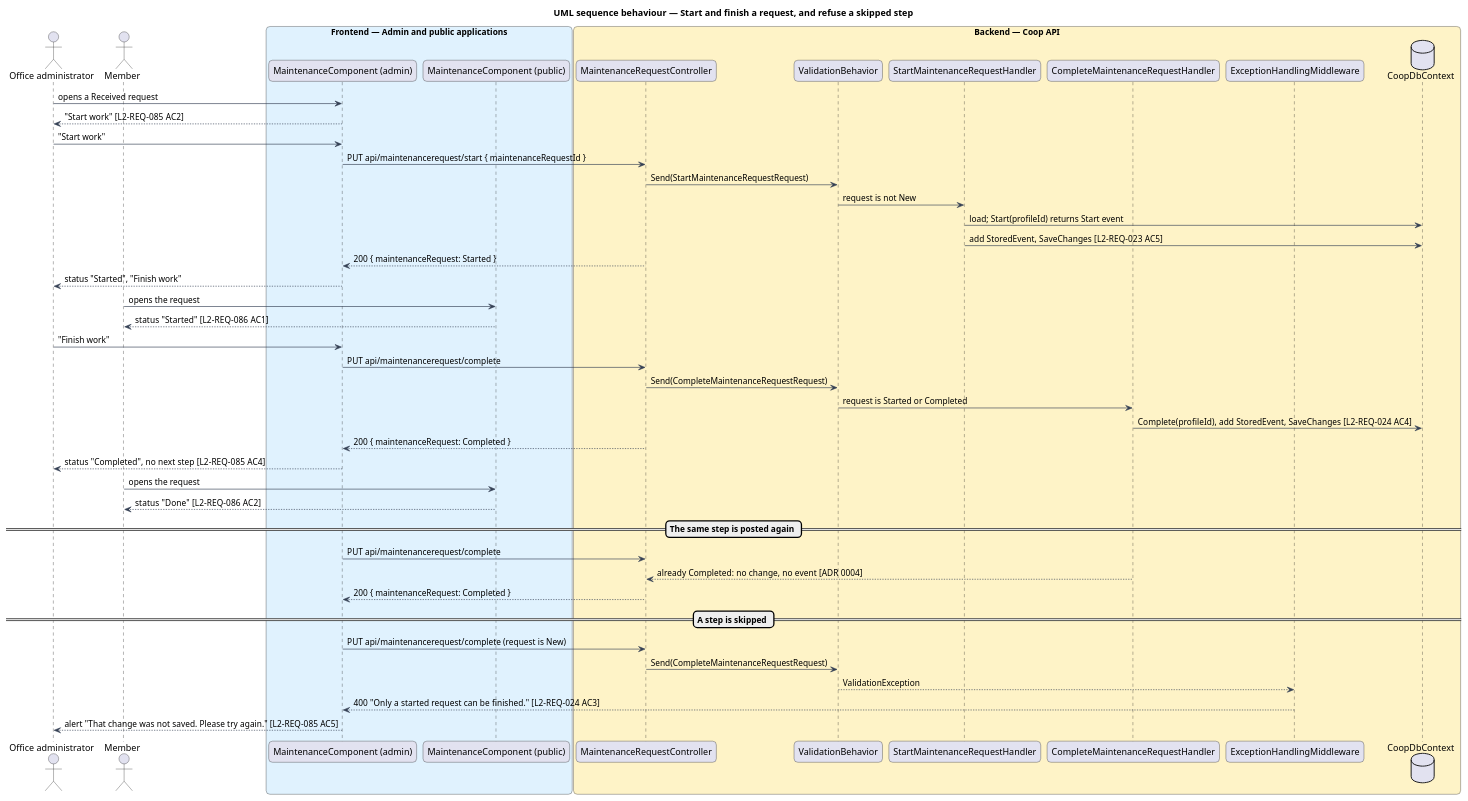
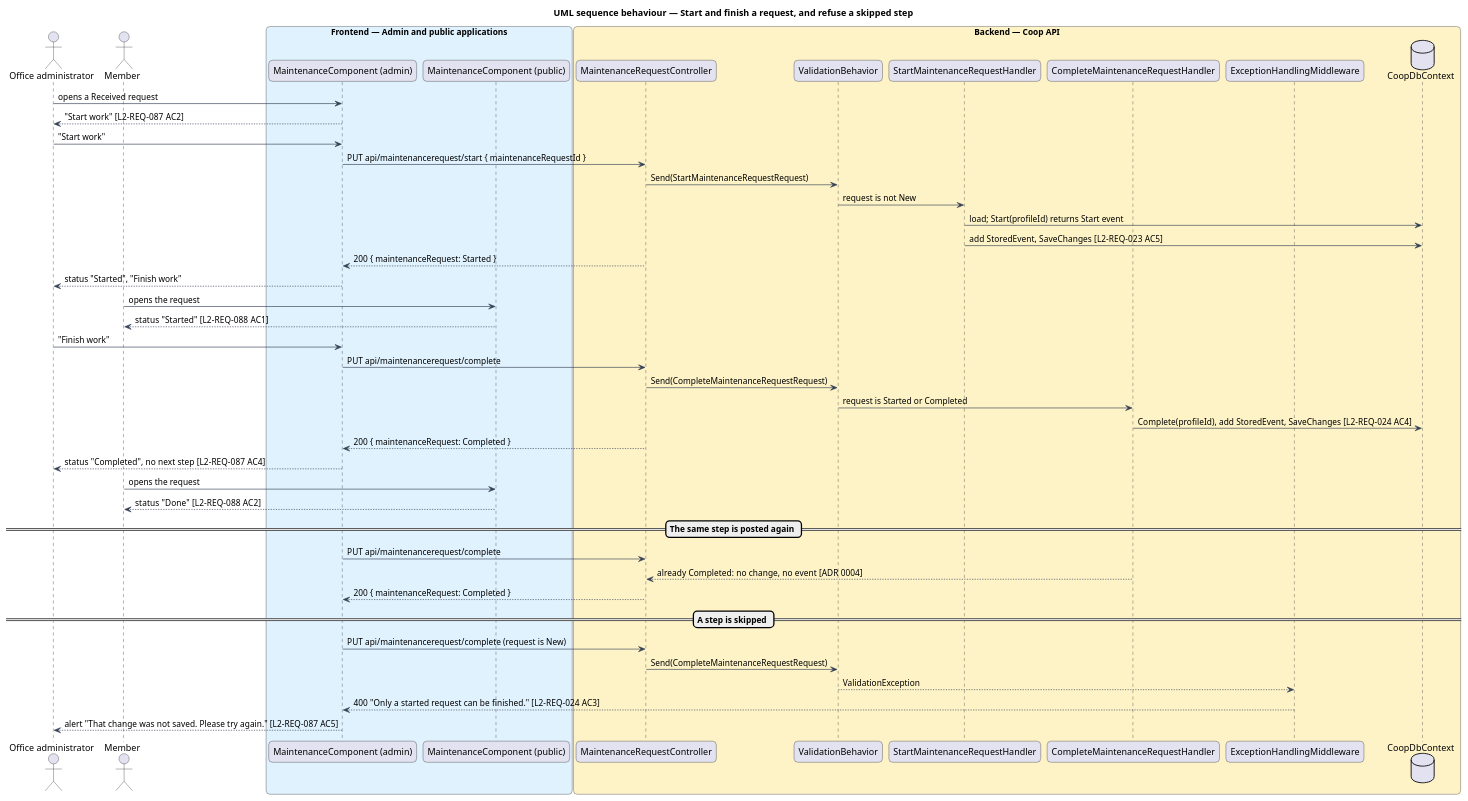
One commit to QuinntyneBrown/Coop changed the diagram in docs/detailed-designs/admin-app/progress-maintenance-request/diagrams/sequence-start-and-finish.puml. Above: the diagram before and after it, drawn with PlantUML. The commit also changed 68 other files, not shown here.

```diff
--- a/docs/detailed-designs/admin-app/progress-maintenance-request/diagrams/sequence-start-and-finish.puml
+++ b/docs/detailed-designs/admin-app/progress-maintenance-request/diagrams/sequence-start-and-finish.puml
@@ -1,53 +1,53 @@
 @startuml
 title UML sequence behaviour — Start and finish a request, and refuse a skipped step
 skinparam backgroundColor #FFFFFF
 skinparam shadowing false
 skinparam roundcorner 12
 skinparam defaultFontName Arial
 skinparam ArrowColor #344054
 actor "Office administrator" as actor
 actor "Member" as member
 box "Frontend — Admin and public applications" #E0F2FE
   participant "MaintenanceComponent (admin)" as screen
   participant "MaintenanceComponent (public)" as memberScreen
 end box
 box "Backend — Coop API" #FEF3C7
   participant "MaintenanceRequestController" as controller
   participant "ValidationBehavior" as validation
   participant "StartMaintenanceRequestHandler" as start
   participant "CompleteMaintenanceRequestHandler" as complete
   participant "ExceptionHandlingMiddleware" as middleware
   database "CoopDbContext" as db
 end box
 actor -> screen : opens a Received request
-screen --> actor : "Start work"  [L2-REQ-085 AC2]
+screen --> actor : "Start work"  [L2-REQ-087 AC2]
 actor -> screen : "Start work"
 screen -> controller : PUT api/maintenancerequest/start { maintenanceRequestId }
 controller -> validation : Send(StartMaintenanceRequestRequest)
 validation -> start : request is not New
 start -> db : load; Start(profileId) returns Start event
 start -> db : add StoredEvent, SaveChanges  [L2-REQ-023 AC5]
 controller --> screen : 200 { maintenanceRequest: Started }
 screen --> actor : status "Started", "Finish work"
 member -> memberScreen : opens the request
-memberScreen --> member : status "Started"  [L2-REQ-086 AC1]
+memberScreen --> member : status "Started"  [L2-REQ-088 AC1]
 actor -> screen : "Finish work"
 screen -> controller : PUT api/maintenancerequest/complete
 controller -> validation : Send(CompleteMaintenanceRequestRequest)
 validation -> complete : request is Started or Completed
 complete -> db : Complete(profileId), add StoredEvent, SaveChanges  [L2-REQ-024 AC4]
 controller --> screen : 200 { maintenanceRequest: Completed }
-screen --> actor : status "Completed", no next step  [L2-REQ-085 AC4]
+screen --> actor : status "Completed", no next step  [L2-REQ-087 AC4]
 member -> memberScreen : opens the request
-memberScreen --> member : status "Done"  [L2-REQ-086 AC2]
+memberScreen --> member : status "Done"  [L2-REQ-088 AC2]
 == The same step is posted again ==
 screen -> controller : PUT api/maintenancerequest/complete
 complete --> controller : already Completed: no change, no event  [ADR 0004]
 controller --> screen : 200 { maintenanceRequest: Completed }
 == A step is skipped ==
 screen -> controller : PUT api/maintenancerequest/complete (request is New)
 controller -> validation : Send(CompleteMaintenanceRequestRequest)
 validation --> middleware : ValidationException
 middleware --> screen : 400 "Only a started request can be finished."  [L2-REQ-024 AC3]
-screen --> actor : alert "That change was not saved. Please try again."  [L2-REQ-085 AC5]
+screen --> actor : alert "That change was not saved. Please try again."  [L2-REQ-087 AC5]
 @enduml
```
